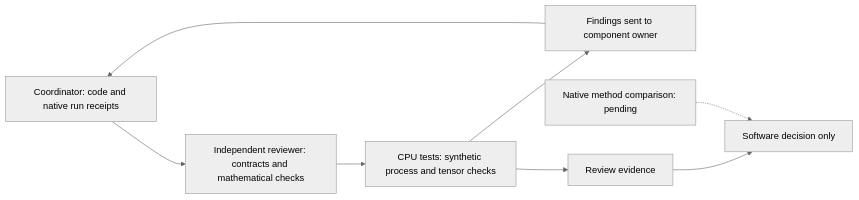
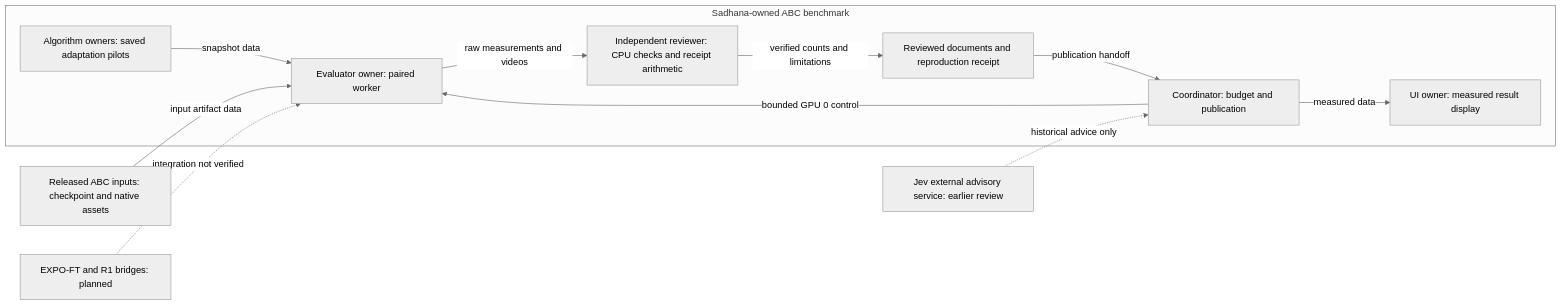
The diagram in docs/bench/review.md (aditya9729/abc), drawn with Mermaid (neutral theme) before and after one commit. The commit also changed other lines of this file and 5 other files, not shown here.

Commit message:
Publish reviewed native benchmark results and architecture

````diff
--- a/docs/bench/review.md
+++ b/docs/bench/review.md
@@ -11,10 +124,21 @@
 ```mermaid
 flowchart LR
-    C[Coordinator: code and native run receipts] --> R[Independent reviewer: contracts and mathematical checks]
-    R --> T[CPU tests: synthetic process and tensor checks]
-    T --> F[Findings sent to component owner]
-    F --> C
-    T --> E[Review evidence]
-    E --> S[Software decision only]
-    N[Native method comparison: pending] -.-> S
+    I[Released ABC inputs: checkpoint and native assets]
+    subgraph S[Sadhana-owned ABC benchmark]
+        C[Coordinator: budget and publication]
+        A[Algorithm owners: saved adaptation pilots]
+        W[Evaluator owner: paired worker]
+        R[Independent reviewer: CPU checks and receipt arithmetic]
+        E[Reviewed documents and reproduction receipt]
+        U[UI owner: measured result display]
+        C -->|bounded GPU 0 control| W
+        A -->|snapshot data| W
+        W -->|raw measurements and videos| R
+        R -->|verified counts and limitations| E
+        E -->|publication handoff| C
+        C -->|measured data| U
+    end
+    I -->|input artifact data| W
+    J[Jev external advisory service: earlier review] -.->|historical advice only| C
+    P[EXPO-FT and R1 bridges: planned] -.->|integration not verified| W
 ```
````
